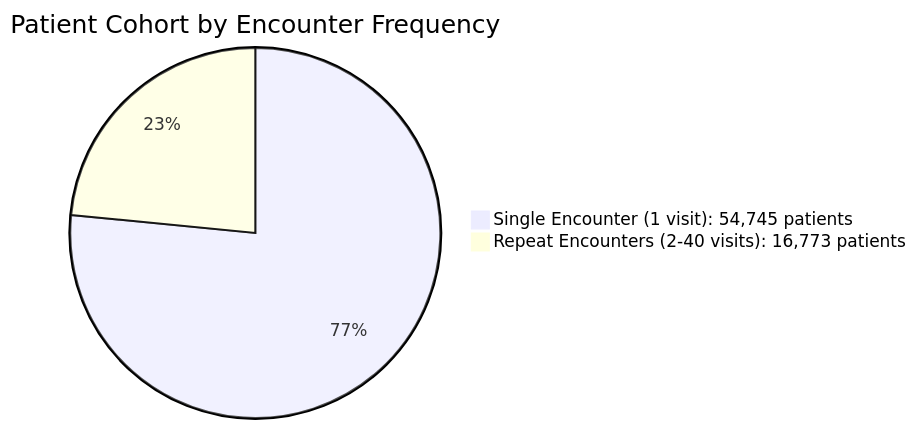
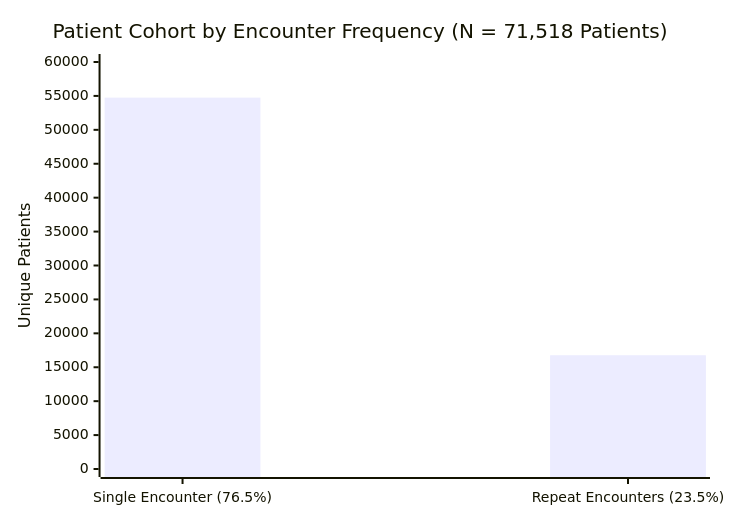
Before and after one commit to Dr-Venom29/FusionMedAI: the diagram in research/clinical/Volume_01_Dataset_Audit/07_identifier_analysis.md, drawn with Mermaid. The commit also changed 30 other files, not shown here.

````diff
--- a/research/clinical/Volume_01_Dataset_Audit/07_identifier_analysis.md
+++ b/research/clinical/Volume_01_Dataset_Audit/07_identifier_analysis.md
@@ -22,5 +22,7 @@
 ```mermaid
-pie title Patient Cohort by Encounter Frequency
-    "Single Encounter (1 visit): 54,745 patients" : 54745
-    "Repeat Encounters (2-40 visits): 16,773 patients" : 16773
+xychart-beta
+    title "Patient Cohort by Encounter Frequency (N = 71,518 Patients)"
+    x-axis ["Single Encounter (76.5%)", "Repeat Encounters (23.5%)"]
+    y-axis "Unique Patients" 0 --> 60000
+    bar [54745, 16773]
 ```
````
